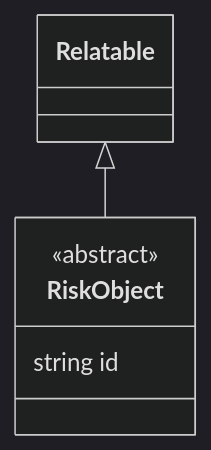
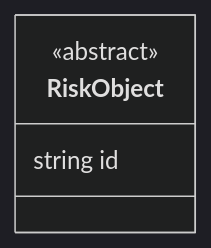
One commit to codexstanford/Insurance-Payout-Ontology changed the diagram in datamodel-build/mermaid/RiskObject.mmd. Above: the diagram before and after it, drawn with Mermaid (dark theme). The commit also changed 61 other files, not shown here.

```diff
--- a/datamodel-build/mermaid/RiskObject.mmd
+++ b/datamodel-build/mermaid/RiskObject.mmd
@@ -1,10 +1,9 @@
 classDiagram
   
 
-Relatable <|-- RiskObject
 class RiskObject {
 <<abstract>>
 
   string id
 
 }
```
